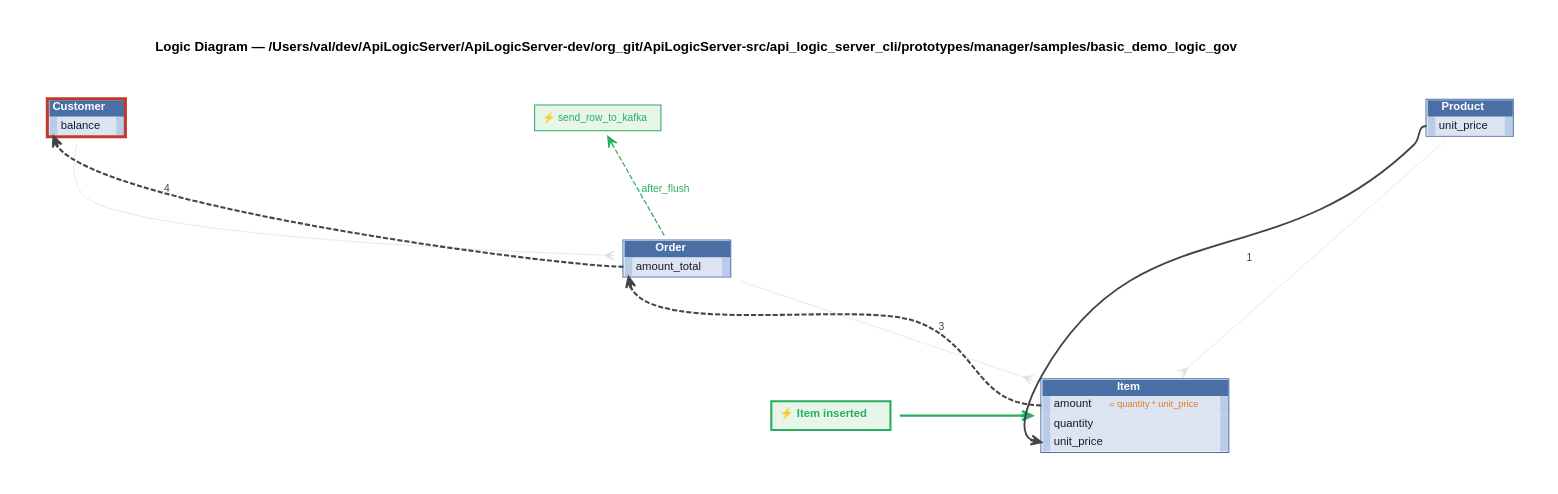
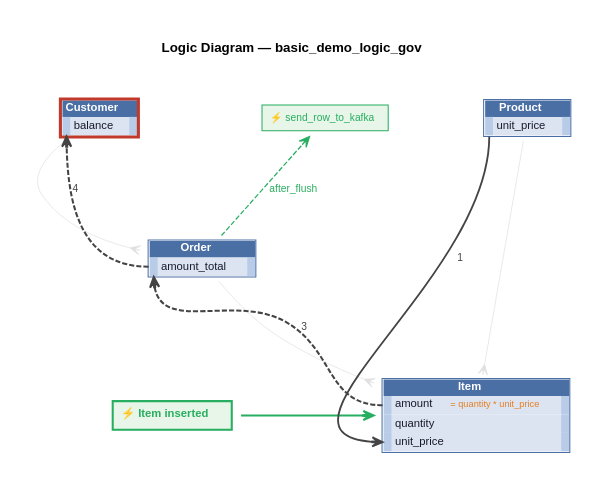
Before and after one commit to ApiLogicServer/ApiLogicServer-src: the diagram in api_logic_server_cli/prototypes/manager/samples/basic_demo_logic_gov/docs/requirements/logic_diagrams/logic_diagram.dot, drawn with Graphviz. The commit also changed 2 other files, not shown here.

Commit message:
fix logic dgm in bd-logic-gov

```diff
--- a/api_logic_server_cli/prototypes/manager/samples/basic_demo_logic_gov/docs/requirements/logic_diagrams/logic_diagram.dot
+++ b/api_logic_server_cli/prototypes/manager/samples/basic_demo_logic_gov/docs/requirements/logic_diagrams/logic_diagram.dot
@@ -1,42 +1,42 @@
 digraph logic {
   graph [rankdir=TB, fontname="Helvetica", fontsize=13,
-         label=<<B>Logic Diagram — /Users/val/dev/ApiLogicServer/ApiLogicServer-dev/org_git/ApiLogicServer-src/api_logic_server_cli/prototypes/manager/samples/basic_demo_logic_gov</B>>, labelloc=t,
+         label=<<B>Logic Diagram — basic_demo_logic_gov</B>>, labelloc=t,
          pad=0.4, nodesep=0.90, ranksep=1.10, bgcolor="white",
          splines=spline]
   node  [fontname="Helvetica", fontsize=11, shape=plaintext]
   edge  [fontname="Helvetica", fontsize=10]
 
   // ── trigger ─────────────────────────────────────────────────────
   TRIGGER [label=<<TABLE BORDER="2" CELLBORDER="0" CELLPADDING="5" BGCOLOR="#e8f5e9" COLOR="#27ae60"><TR><TD><FONT COLOR="#27ae60"><B>&#9889; Item inserted</B></FONT></TD></TR></TABLE>>, shape=plaintext]
 
   // ── schema layer ──────────────────────────────────────────────────
   Customer [label=<<TABLE BORDER="3" CELLBORDER="0" CELLSPACING="0" COLOR="#c0392b"><TR><TD COLSPAN="3" BGCOLOR="#4a6fa5"><FONT COLOR="white"><B> Customer </B></FONT></TD></TR><TR><TD PORT="Customer_balance_w" WIDTH="6" HEIGHT="18" BGCOLOR="#b8cce8"> </TD><TD PORT="Customer_balance" ALIGN="LEFT" BGCOLOR="#dbe4f0" CELLPADDING="3"><FONT COLOR="#1a1a2e"> balance </FONT></TD><TD PORT="Customer_balance_e" WIDTH="6" HEIGHT="18" BGCOLOR="#b8cce8"> </TD></TR></TABLE>>]
   Item [label=<<TABLE BORDER="1" CELLBORDER="0" CELLSPACING="0" COLOR="#4a6fa5"><TR><TD COLSPAN="3" BGCOLOR="#4a6fa5"><FONT COLOR="white"><B> Item </B></FONT></TD></TR><TR><TD PORT="Item_amount_w" WIDTH="6" HEIGHT="18" BGCOLOR="#b8cce8"> </TD><TD PORT="Item_amount" ALIGN="LEFT" BGCOLOR="#dbe4f0" CELLPADDING="3"><FONT COLOR="#1a1a2e"> amount </FONT> <FONT COLOR="#e67e22" POINT-SIZE="9">= quantity * unit_price</FONT></TD><TD PORT="Item_amount_e" WIDTH="6" HEIGHT="18" BGCOLOR="#b8cce8"> </TD></TR><TR><TD PORT="Item_quantity_w" WIDTH="6" HEIGHT="18" BGCOLOR="#b8cce8"> </TD><TD PORT="Item_quantity" ALIGN="LEFT" BGCOLOR="#dbe4f0" CELLPADDING="3"><FONT COLOR="#1a1a2e"> quantity </FONT></TD><TD PORT="Item_quantity_e" WIDTH="6" HEIGHT="18" BGCOLOR="#b8cce8"> </TD></TR><TR><TD PORT="Item_unit_price_w" WIDTH="6" HEIGHT="18" BGCOLOR="#b8cce8"> </TD><TD PORT="Item_unit_price" ALIGN="LEFT" BGCOLOR="#dbe4f0" CELLPADDING="3"><FONT COLOR="#1a1a2e"> unit_price </FONT></TD><TD PORT="Item_unit_price_e" WIDTH="6" HEIGHT="18" BGCOLOR="#b8cce8"> </TD></TR></TABLE>>]
   Order [label=<<TABLE BORDER="1" CELLBORDER="0" CELLSPACING="0" COLOR="#4a6fa5"><TR><TD COLSPAN="3" BGCOLOR="#4a6fa5"><FONT COLOR="white"><B> Order </B></FONT></TD></TR><TR><TD PORT="Order_amount_total_w" WIDTH="6" HEIGHT="18" BGCOLOR="#b8cce8"> </TD><TD PORT="Order_amount_total" ALIGN="LEFT" BGCOLOR="#dbe4f0" CELLPADDING="3"><FONT COLOR="#1a1a2e"> amount_total </FONT></TD><TD PORT="Order_amount_total_e" WIDTH="6" HEIGHT="18" BGCOLOR="#b8cce8"> </TD></TR></TABLE>>]
   Product [label=<<TABLE BORDER="1" CELLBORDER="0" CELLSPACING="0" COLOR="#4a6fa5"><TR><TD COLSPAN="3" BGCOLOR="#4a6fa5"><FONT COLOR="white"><B> Product </B></FONT></TD></TR><TR><TD PORT="Product_unit_price_w" WIDTH="6" HEIGHT="18" BGCOLOR="#b8cce8"> </TD><TD PORT="Product_unit_price" ALIGN="LEFT" BGCOLOR="#dbe4f0" CELLPADDING="3"><FONT COLOR="#1a1a2e"> unit_price </FONT></TD><TD PORT="Product_unit_price_e" WIDTH="6" HEIGHT="18" BGCOLOR="#b8cce8"> </TD></TR></TABLE>>]
   // ── rank groupings ────────────────────────────────────────────────
   { rank=min; Customer; Product }
   { rank=same; Order }
   { rank=max; Item; TRIGGER }
 
   // ── FK relationships ───────────────────────────────────────────
   Item -> Order [color="#e0e0e0", style=solid, arrowhead=none, arrowtail=crow, dir=both, penwidth=0.7, constraint=false, weight=1]
   Item -> Product [color="#e0e0e0", style=solid, arrowhead=none, arrowtail=crow, dir=both, penwidth=0.7, constraint=false, weight=1]
   Order -> Customer [color="#e0e0e0", style=solid, arrowhead=none, arrowtail=crow, dir=both, penwidth=0.7, constraint=false, weight=1]
 
   // ── trigger edge ──────────────────────────────────────────────
   TRIGGER -> Item [color="#27ae60", style=bold, arrowhead=vee, penwidth=2, weight=10]
 
   // ── logic edges ────────────────────────────────────────────────────
   Product:Product_unit_price_w -> Item:Item_unit_price_w [label="1", color="#444444", fontcolor="#444444", arrowhead=vee, penwidth=1.8, weight=8]
   // INTRA:Item:unit_price:amount:2:0
   Item:Item_amount_w -> Order:Order_amount_total_w [label="3", color="#444444", fontcolor="#444444", arrowhead=vee, penwidth=2, style=dashed, weight=8]
   Order:Order_amount_total_w -> Customer:Customer_balance_w [label="4", color="#444444", fontcolor="#444444", arrowhead=vee, penwidth=2, style=dashed, weight=8]
 
   // ── events (right cluster) ─────────────────────────────────────
   subgraph cluster_events {
     style=invis
     evt_send_row_to_kafka [label=<<TABLE BORDER="1" CELLBORDER="0" CELLPADDING="4" BGCOLOR="#e8f5e9" COLOR="#27ae60"><TR><TD><FONT COLOR="#27ae60" POINT-SIZE="10">&#9889; send_row_to_kafka</FONT></TD></TR></TABLE>>, shape=plaintext]
   }
   Order -> evt_send_row_to_kafka [label="after_flush", color="#27ae60", style=dashed, arrowhead=open, penwidth=1.2, fontcolor="#27ae60", constraint=false]
 }
```
